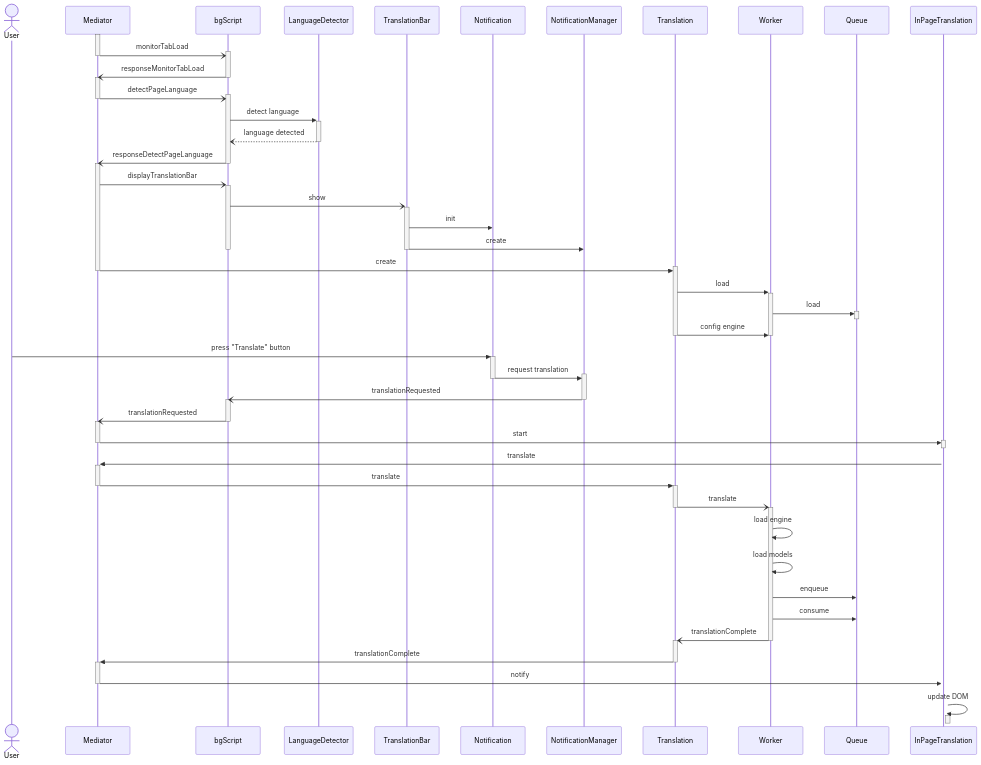
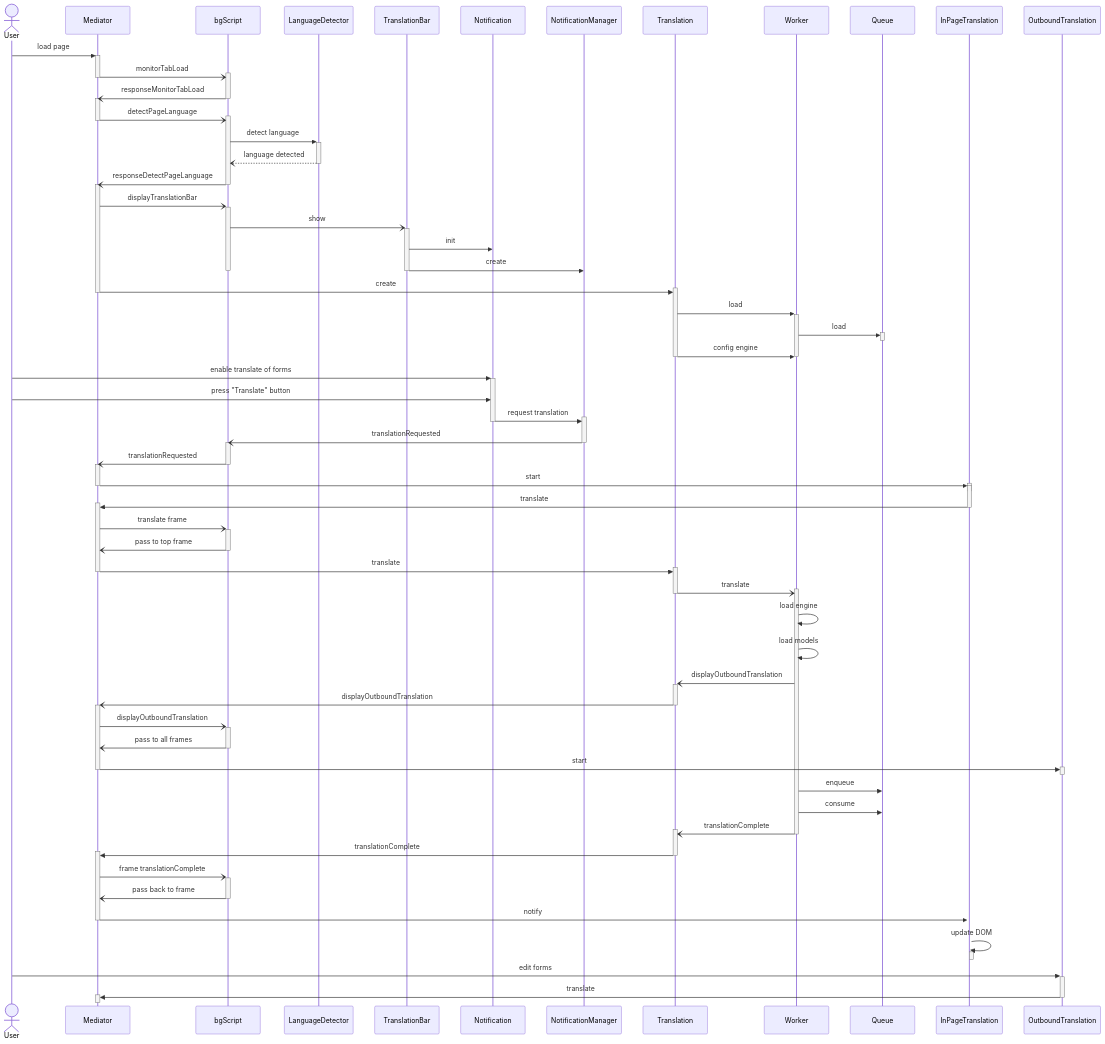
One commit to mozilla/firefox-translations changed the diagram in docs/sequence.md. Above: the diagram before and after it, drawn with Mermaid.

Commit message:
Add frames and outbound translation

```diff
--- a/docs/sequence.md
+++ b/docs/sequence.md
@@ -13,7 +13,8 @@
     participant w as Worker
     participant q as Queue
     participant ipt as InPageTranslation
-    activate m
+    participant obt as OutboundTranslation
+    User->>+m: load page
     m-)+bg: monitorTabLoad
     deactivate m
     bg-)-m: responseMonitorTabLoad
@@ -38,7 +39,8 @@
     t->>w: config engine
     deactivate w
     deactivate t
-    User->>+nt: press "Translate" button
+    User->>+nt: enable translate of forms
+    User->>nt: press "Translate" button
     nt->>+ntm: request translation
     deactivate nt
     ntm-)-bg: translationRequested
@@ -50,23 +52,40 @@
     deactivate ipt
     activate ipt
     ipt->>+m: translate
+    deactivate ipt
+    m-)+bg: translate frame
+    bg-)-m: pass to top frame
     m->>+t: translate
     deactivate m
     t-)+w: translate
     deactivate t
     w->>w: load engine
     w->>w: load models
+    w-)+t: displayOutboundTranslation
+    t-)+m: displayOutboundTranslation
+    deactivate t
+    m-)+bg: displayOutboundTranslation
+    bg-)-m: pass to all frames
+    m->>+obt: start
+    deactivate obt
+    deactivate m
     w->>q: enqueue
     w->>q: consume
     w-)+t: translationComplete
     deactivate w
     t->>+m: translationComplete
     deactivate t
+    m-)+bg: frame translationComplete
+    bg-)-m: pass back to frame
     m->>+ipt: notify
     deactivate m
     ipt->>+ipt: update DOM
     deactivate ipt
-
+    User->>+obt: edit forms
+    obt->>+m: translate
+    deactivate obt
+    deactivate m
+    
     
     
     
```
